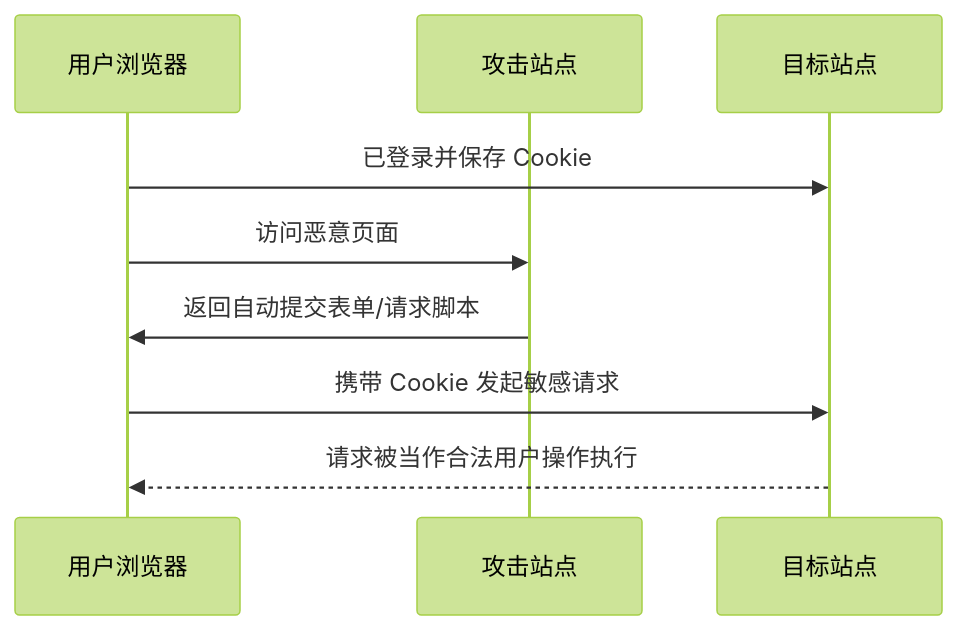
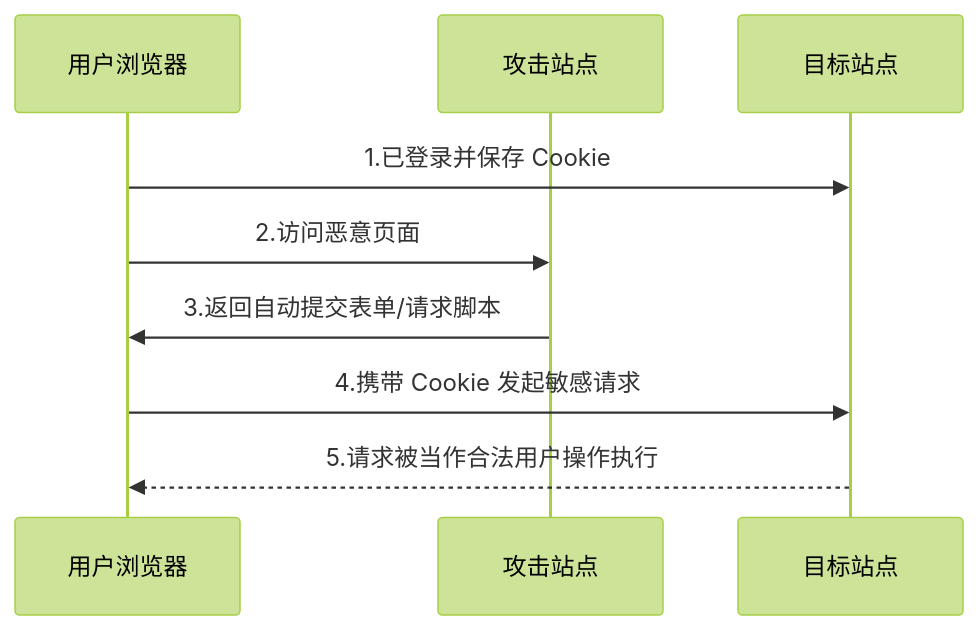
Before and after one commit to ZhaoJiSen/short-note: the diagram in docs/browser/网络安全/4.跨站请求伪造 CSRF.md, drawn with Mermaid (forest theme). The commit also changed other lines of this file and 49 other files, not shown here.

````diff
--- a/docs/browser/网络安全/4.跨站请求伪造 CSRF.md
+++ b/docs/browser/网络安全/4.跨站请求伪造 CSRF.md
@@ -14,12 +9,12 @@
 ```mermaid
 sequenceDiagram
   participant U as 用户浏览器
   participant A as 攻击站点
   participant T as 目标站点
 
-  U->>T: 已登录并保存 Cookie
-  U->>A: 访问恶意页面
-  A->>U: 返回自动提交表单/请求脚本
-  U->>T: 携带 Cookie 发起敏感请求
-  T-->>U: 请求被当作合法用户操作执行
+  U->>T: 1.已登录并保存 Cookie
+  U->>A: 2.访问恶意页面
+  A->>U: 3.返回自动提交表单/请求脚本
+  U->>T: 4.携带 Cookie 发起敏感请求
+  T-->>U: 5.请求被当作合法用户操作执行
 ```
````
